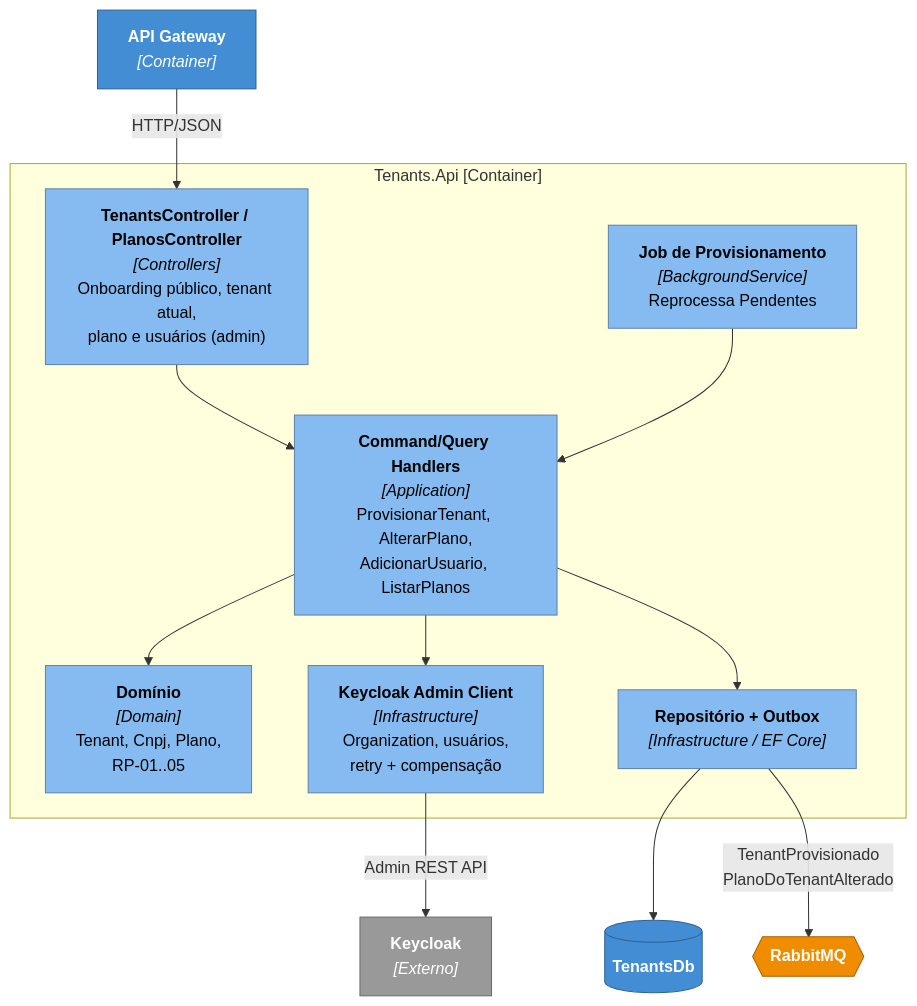
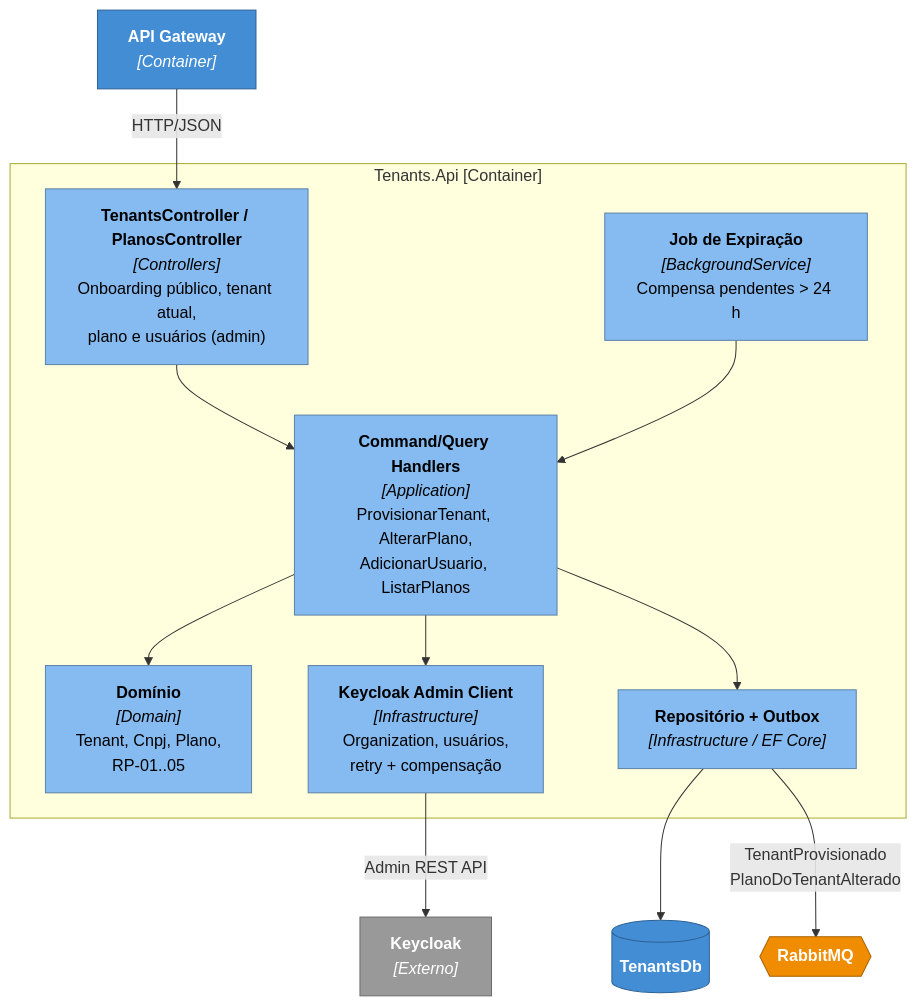
The third of 6 diagrams in docs/architecture/c4-3-componentes.md (igorwaterloo/Verx-desafio20260922), drawn with Mermaid before and after one commit. The commit also changed other lines of this file and 7 other files, not shown here.

````diff
--- a/docs/architecture/c4-3-componentes.md
+++ b/docs/architecture/c4-3-componentes.md
@@ -55,36 +55,36 @@
 ```mermaid
 flowchart TB
     gateway["<b>API Gateway</b><br/><i>[Container]</i>"]
 
     subgraph tapi["Tenants.Api [Container]"]
         ctrl["<b>TenantsController / PlanosController</b><br/><i>[Controllers]</i><br/>Onboarding público, tenant atual,<br/>plano e usuários (admin)"]
         handlers["<b>Command/Query Handlers</b><br/><i>[Application]</i><br/>ProvisionarTenant, AlterarPlano,<br/>AdicionarUsuario, ListarPlanos"]
         dom["<b>Domínio</b><br/><i>[Domain]</i><br/>Tenant, Cnpj, Plano,<br/>RP-01..05"]
         kc["<b>Keycloak Admin Client</b><br/><i>[Infrastructure]</i><br/>Organization, usuários,<br/>retry + compensação"]
-        job["<b>Job de Provisionamento</b><br/><i>[BackgroundService]</i><br/>Reprocessa Pendentes"]
+        job["<b>Job de Expiração</b><br/><i>[BackgroundService]</i><br/>Compensa pendentes > 24 h"]
         repo["<b>Repositório + Outbox</b><br/><i>[Infrastructure / EF Core]</i>"]
     end
 
     keycloak["<b>Keycloak</b><br/><i>[Externo]</i>"]
     tdb[("<b>TenantsDb</b>")]
     broker{{"<b>RabbitMQ</b>"}}
 
     gateway -- "HTTP/JSON" --> ctrl
     ctrl --> handlers
     handlers --> dom
     handlers --> kc
     handlers --> repo
     job --> handlers
     kc -- "Admin REST API" --> keycloak
     repo --> tdb
     repo -- "TenantProvisionado<br/>PlanoDoTenantAlterado" --> broker
 
     classDef comp fill:#85bbf0,stroke:#5d82a8,color:#000
     classDef ext fill:#438dd5,stroke:#2e6295,color:#fff
     classDef ex2 fill:#999999,stroke:#6b6b6b,color:#fff
     classDef queue fill:#f08c00,stroke:#a86200,color:#fff
     class ctrl,handlers,dom,kc,job,repo comp
     class gateway,tdb ext
     class keycloak ex2
     class broker queue
 ```
````
